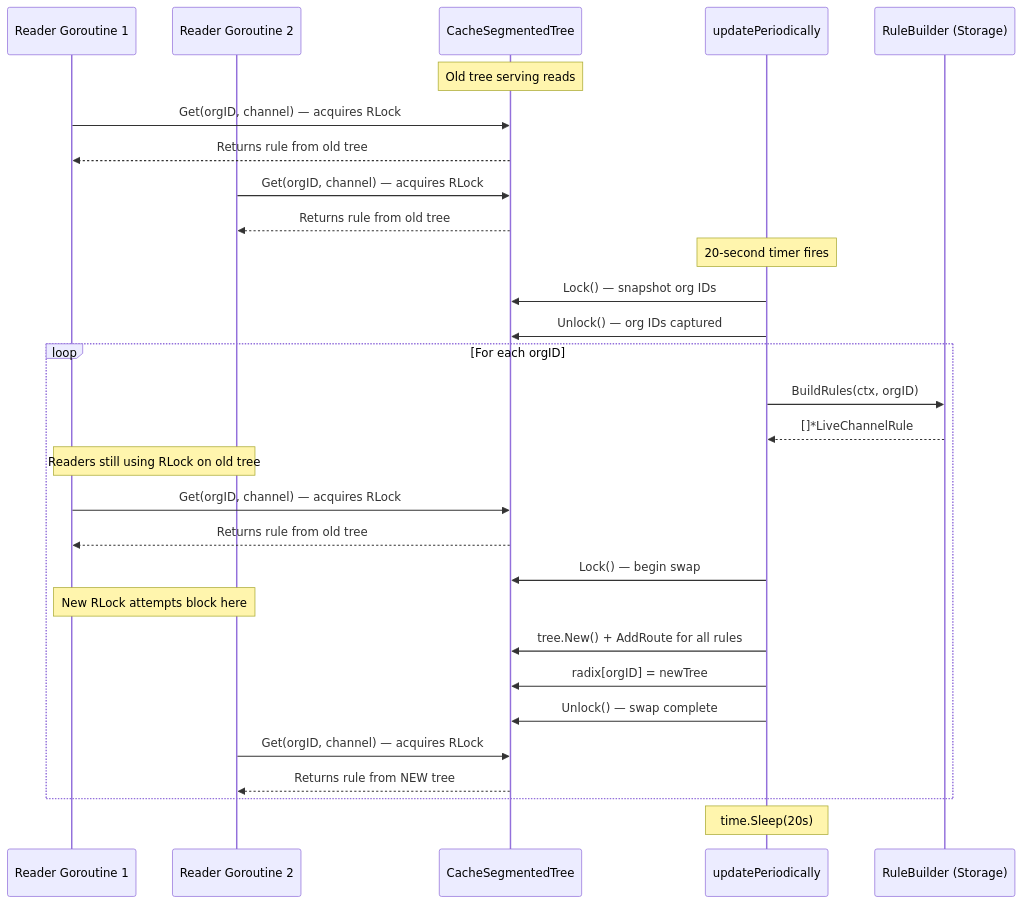
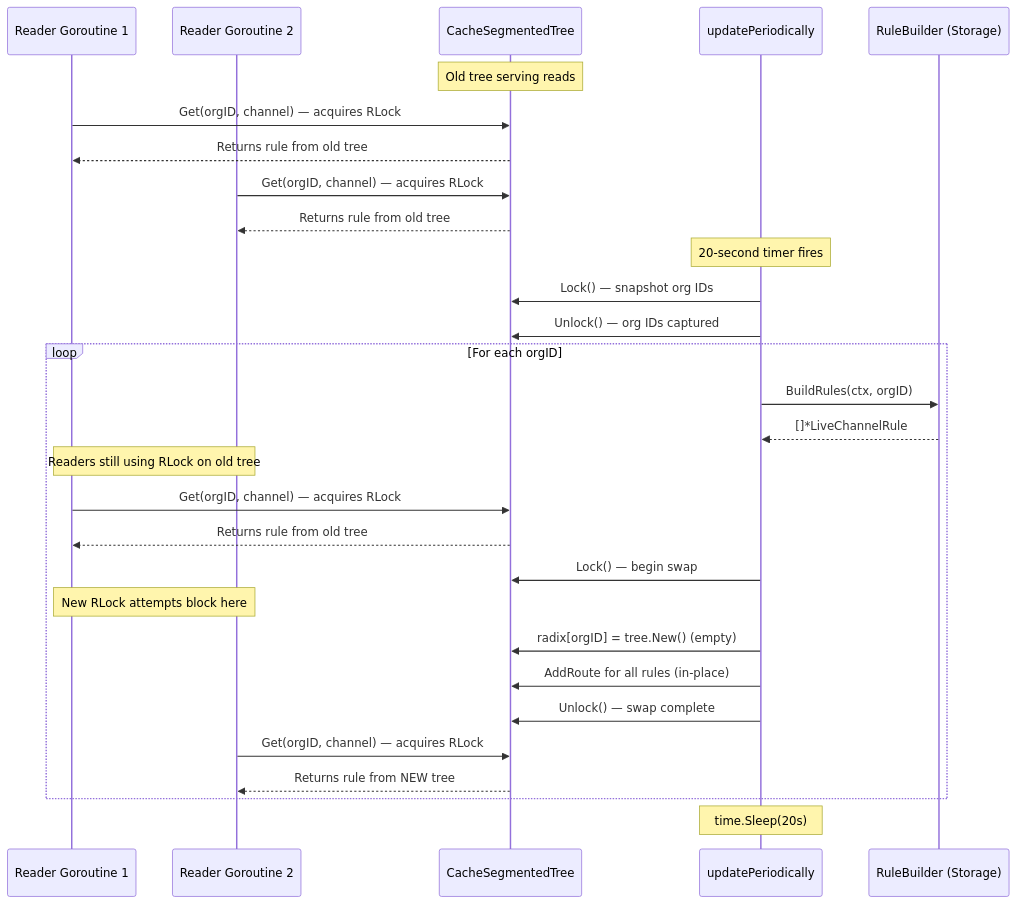
Before and after one commit to blitzy-research/grafana: the first of 6 diagrams in blitzy/documentation/grafana_4550cfb5b728.md, drawn with Mermaid. The commit also changed other lines of this file, not shown here.

First line of the commit message:
fix: correct fillOrg operation order and exponential backoff sequence in Live routing coherence docs

````diff
--- a/blitzy/documentation/grafana_4550cfb5b728.md
+++ b/blitzy/documentation/grafana_4550cfb5b728.md
@@ -222,38 +221,38 @@
 ```mermaid
 sequenceDiagram
     participant R1 as Reader Goroutine 1
     participant R2 as Reader Goroutine 2
     participant Cache as CacheSegmentedTree
     participant UP as updatePeriodically
     participant DB as RuleBuilder (Storage)
 
     Note over Cache: Old tree serving reads
     R1->>Cache: Get(orgID, channel) — acquires RLock
     Cache-->>R1: Returns rule from old tree
     R2->>Cache: Get(orgID, channel) — acquires RLock
     Cache-->>R2: Returns rule from old tree
 
     Note over UP: 20-second timer fires
     UP->>Cache: Lock() — snapshot org IDs
     UP->>Cache: Unlock() — org IDs captured
 
     loop For each orgID
         UP->>DB: BuildRules(ctx, orgID)
         DB-->>UP: []*LiveChannelRule
 
         Note over R1,R2: Readers still using RLock on old tree
         R1->>Cache: Get(orgID, channel) — acquires RLock
         Cache-->>R1: Returns rule from old tree
 
         UP->>Cache: Lock() — begin swap
         Note over R1,R2: New RLock attempts block here
-        UP->>Cache: tree.New() + AddRoute for all rules
-        UP->>Cache: radix[orgID] = newTree
+        UP->>Cache: radix[orgID] = tree.New() (empty)
+        UP->>Cache: AddRoute for all rules (in-place)
         UP->>Cache: Unlock() — swap complete
 
         R2->>Cache: Get(orgID, channel) — acquires RLock
         Cache-->>R2: Returns rule from NEW tree
     end
 
     Note over UP: time.Sleep(20s)
 ```
````
